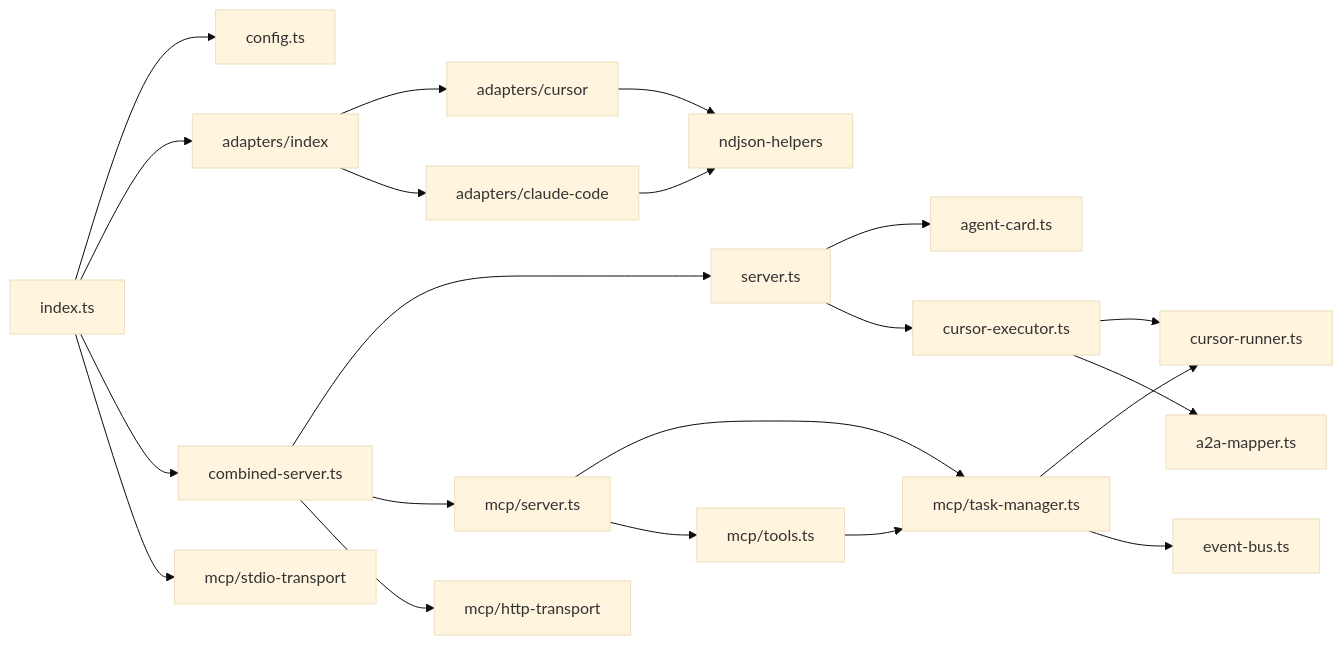
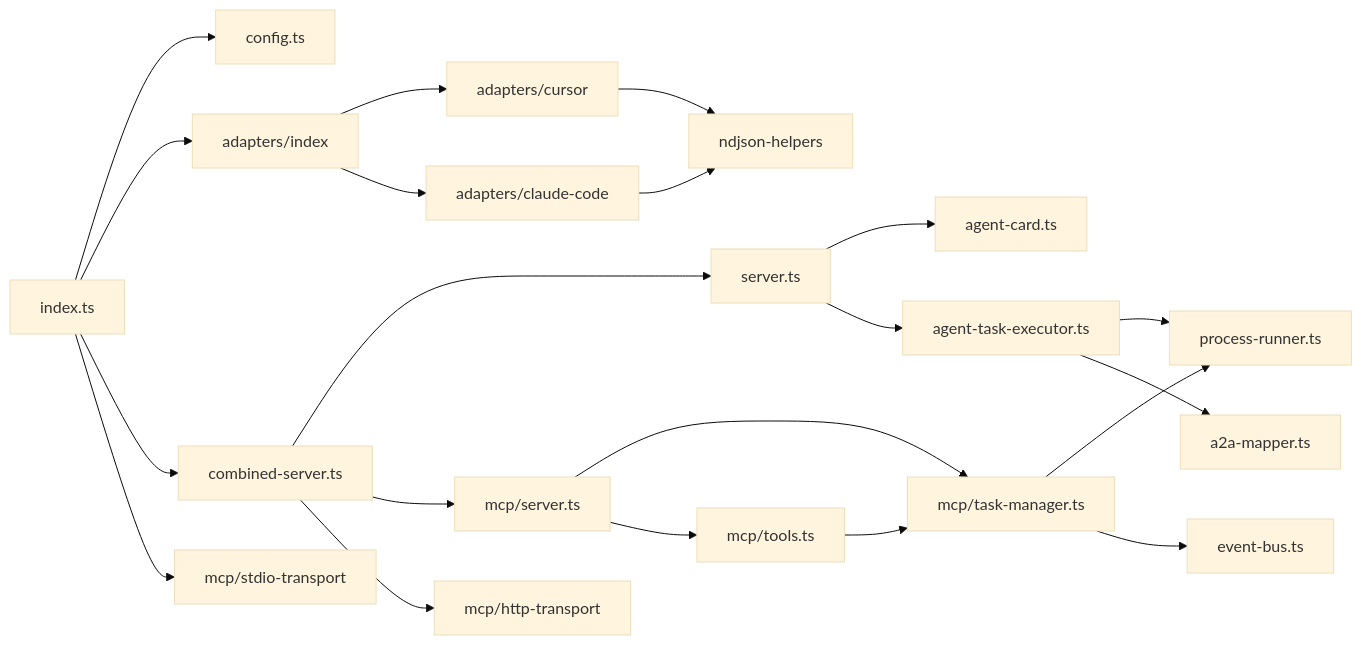
The second of 8 diagrams in docs/architecture.md (casabre/coding-agent-a2a), drawn with Mermaid (base theme) before and after one commit. The commit also changed other lines of this file and 20 other files, not shown here.

First line of the commit message:
refactor: introduce Runner port and ProcessAdapter, rename Cursor* core

````diff
--- a/docs/architecture.md
+++ b/docs/architecture.md
@@ -108,27 +108,27 @@
 ```mermaid
 graph LR
     IDX["index.ts"]        --> CFG["config.ts"]
     IDX                    --> AI["adapters/index"]
     IDX                    --> CS["combined-server.ts"]
     IDX                    --> STDIO["mcp/stdio-transport"]
 
     CS --> SRV["server.ts"]
     CS --> MCPSRV["mcp/server.ts"]
     CS --> HTTPT["mcp/http-transport"]
 
     SRV  --> AC["agent-card.ts"]
-    SRV  --> EX["cursor-executor.ts"]
-    EX   --> RN["cursor-runner.ts"]
+    SRV  --> EX["agent-task-executor.ts"]
+    EX   --> RN["process-runner.ts"]
     EX   --> MP["a2a-mapper.ts"]
 
     MCPSRV --> TM["mcp/task-manager.ts"]
     MCPSRV --> TL["mcp/tools.ts"]
     TL     --> TM
     TM     --> RN
     TM     --> EB["event-bus.ts"]
 
     AI  --> CUR["adapters/cursor"]
     AI  --> CC["adapters/claude-code"]
     CUR --> NH["ndjson-helpers"]
     CC  --> NH
 ```
````
